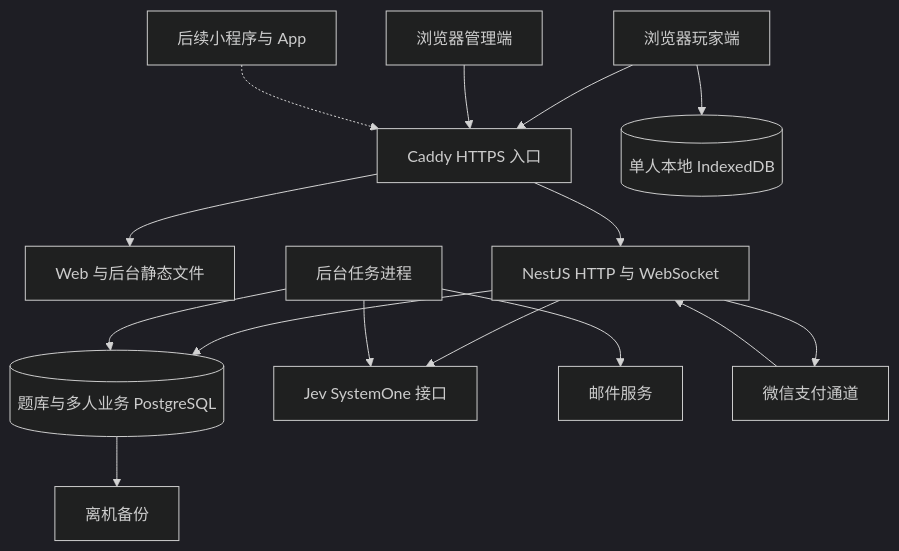
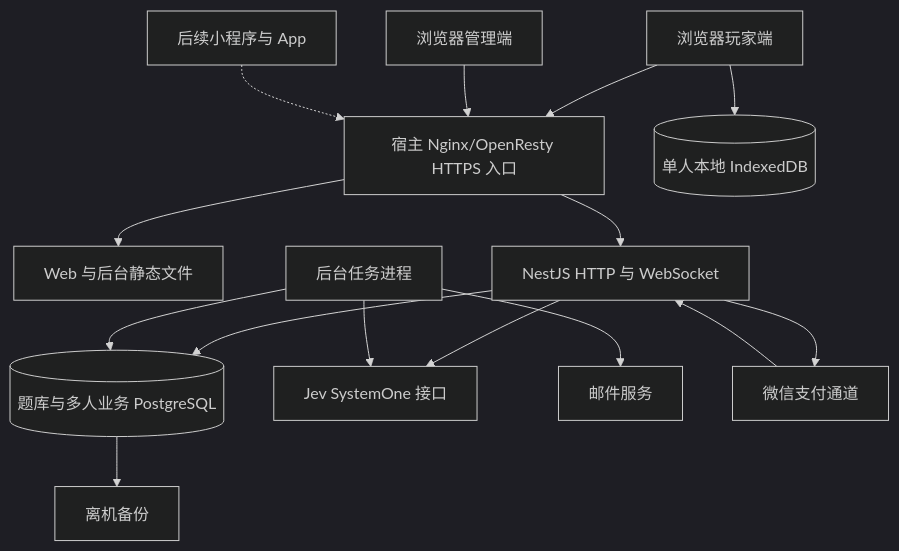
One commit to ZeroTang05/Situation-Puzzle changed the diagram in docs/rebuild/03-SPEC.md. Above: the diagram before and after it, drawn with Mermaid (dark theme). The commit also changed other lines of this file and 4 other files, not shown here.

````diff
--- a/docs/rebuild/03-SPEC.md
+++ b/docs/rebuild/03-SPEC.md
@@ -9,17 +9,17 @@
 ```mermaid
 flowchart TB
-    Web[浏览器玩家端] --> Edge[Caddy HTTPS 入口]
+    Web[浏览器玩家端] --> Edge[宿主 Nginx/OpenResty HTTPS 入口]
     Admin[浏览器管理端] --> Edge
     Future[后续小程序与 App] -.-> Edge
     Edge --> Static[Web 与后台静态文件]
     Edge --> API[NestJS HTTP 与 WebSocket]
     Web --> Local[(单人本地 IndexedDB)]
     API --> DB[(题库与多人业务 PostgreSQL)]
     API --> Jev
     Jobs[后台任务进程] --> DB
     Jobs --> Jev[Jev SystemOne 接口]
     Jobs --> Mail[邮件服务]
     API --> Pay[微信支付通道]
     Pay --> API
     DB --> Backup[离机备份]
 ```
````
